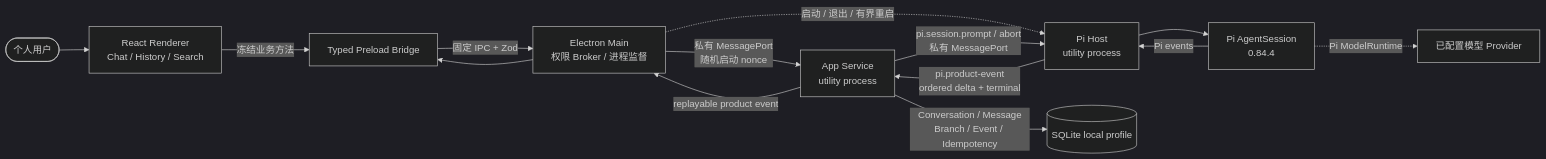
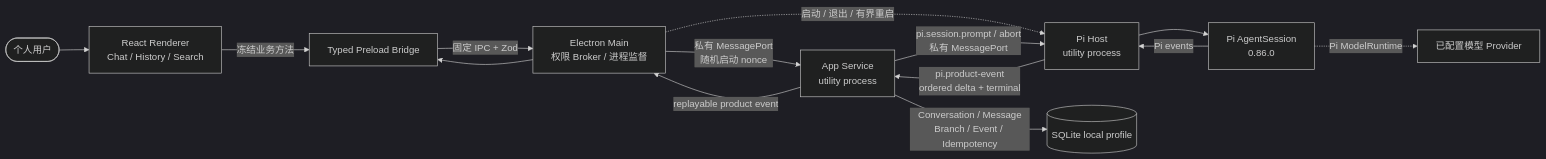
Before and after one commit to openerserver/openerx: the second of 13 diagrams in docs/v2/14-overall-architecture.md, drawn with Mermaid (dark theme). The commit also changed other lines of this file and 116 other files, not shown here.

````diff
--- a/docs/v2/14-overall-architecture.md
+++ b/docs/v2/14-overall-architecture.md
@@ -143,16 +143,16 @@
 ```mermaid
 flowchart LR
   USER([个人用户]) --> RENDERER[React Renderer<br/>Chat / History / Search]
   RENDERER -->|冻结业务方法| PRELOAD[Typed Preload Bridge]
   PRELOAD -->|固定 IPC + Zod| MAIN[Electron Main<br/>权限 Broker / 进程监督]
   MAIN -->|私有 MessagePort<br/>随机启动 nonce| APP[App Service<br/>utility process]
   MAIN -.->|启动 / 退出 / 有界重启| PI_HOST[Pi Host<br/>utility process]
   APP -->|Conversation / Message<br/>Branch / Event / Idempotency| SQLITE[(SQLite local profile)]
   APP -->|pi.session.prompt / abort<br/>私有 MessagePort| PI_HOST
-  PI_HOST --> SESSION[Pi AgentSession<br/>0.84.4]
+  PI_HOST --> SESSION[Pi AgentSession<br/>0.86.0]
   SESSION -.->|Pi ModelRuntime| MODEL[已配置模型 Provider]
   SESSION -->|Pi events| PI_HOST
   PI_HOST -->|pi.product-event<br/>ordered delta + terminal| APP
   APP -->|replayable product event| MAIN
   MAIN --> PRELOAD
 ```
````
